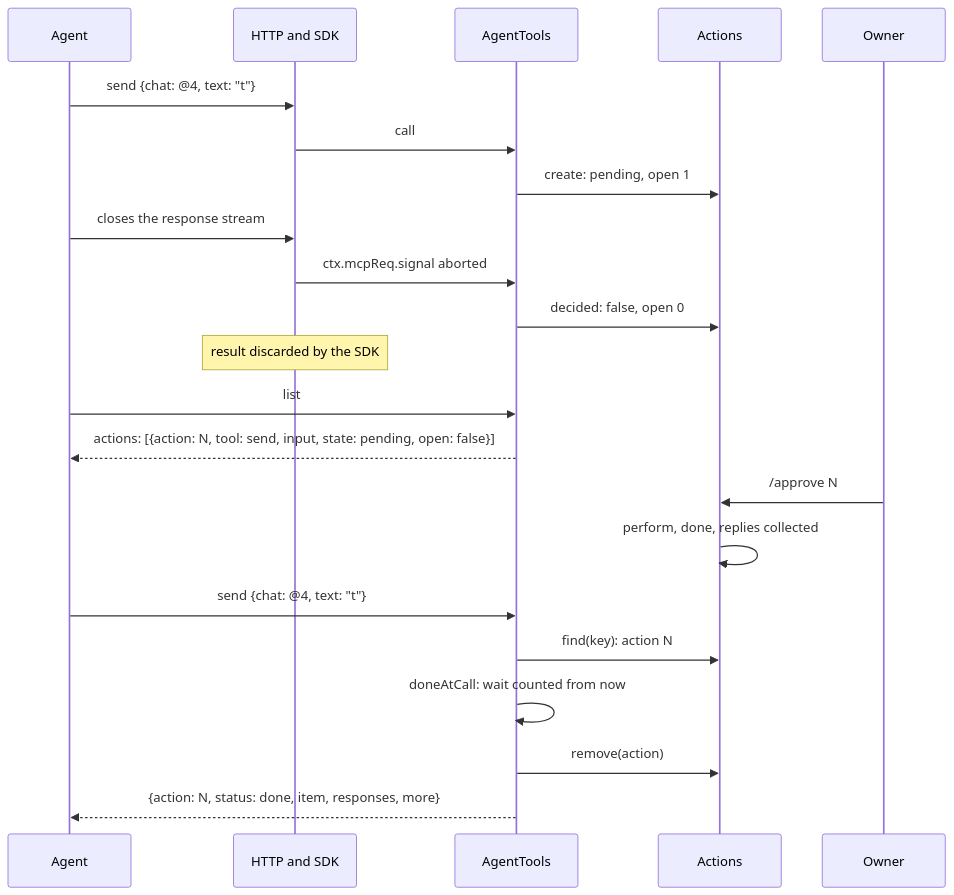
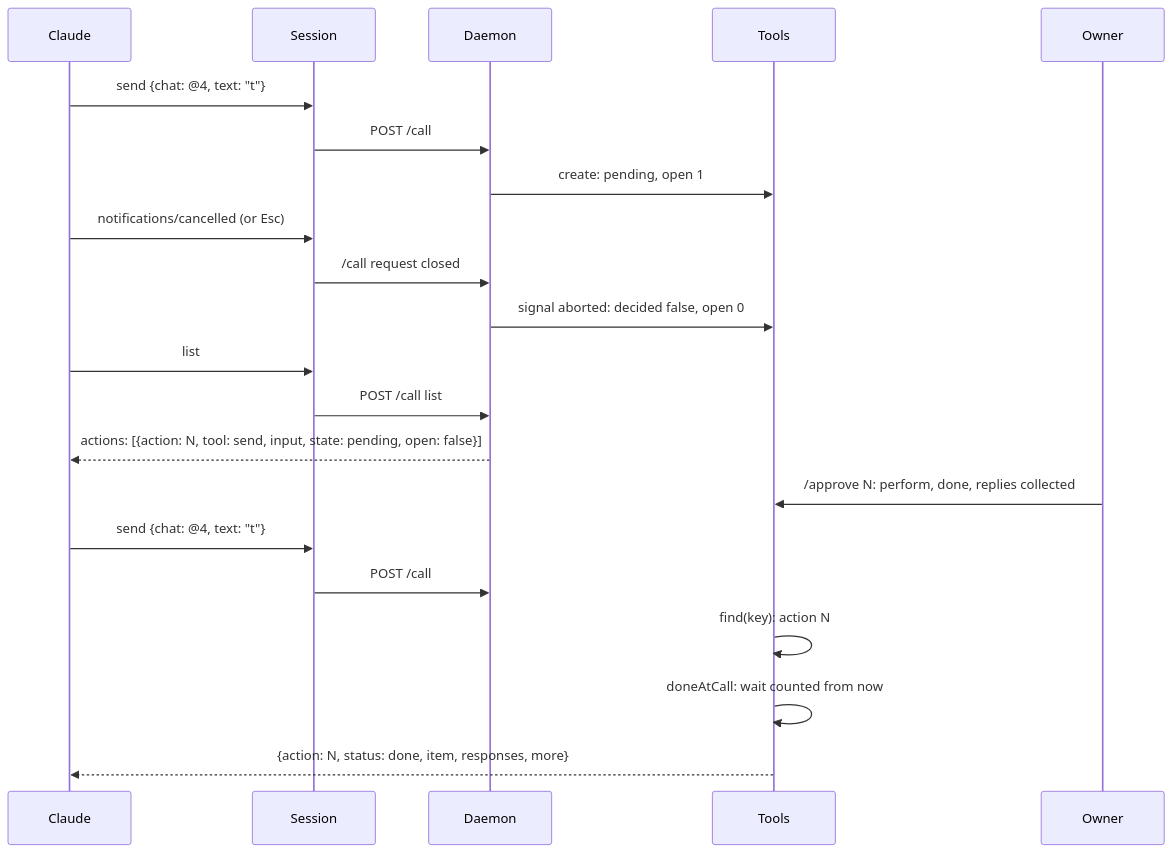
Before and after one commit to simplex-chat/simplex-chat: the tenth of 15 diagrams in packages/simplex-chat-mcp/spec/flows.md, drawn with Mermaid. The commit also changed other lines of this file and 7 other files, not shown here.

Commit message:
mcp: document the plugin and the daemon

````diff
--- a/packages/simplex-chat-mcp/spec/flows.md
+++ b/packages/simplex-chat-mcp/spec/flows.md
@@ -427,24 +395,23 @@
 ```mermaid
 sequenceDiagram
-  participant A as Agent
-  participant H as HTTP and SDK
-  participant T as AgentTools
-  participant X as Actions
+  participant C as Claude
+  participant S as Session
+  participant D as Daemon
+  participant T as Tools
   participant O as Owner
-  A->>H: send {chat: @4, text: "t"}
-  H->>T: call
-  T->>X: create: pending, open 1
-  A->>H: closes the response stream
-  H->>T: ctx.mcpReq.signal aborted
-  T->>X: decided: false, open 0
-  Note over H: result discarded by the SDK
-  A->>T: list
-  T-->>A: actions: [{action: N, tool: send, input, state: pending, open: false}]
-  O->>X: /approve N
-  X->>X: perform, done, replies collected
-  A->>T: send {chat: @4, text: "t"}
-  T->>X: find(key): action N
+  C->>S: send {chat: @4, text: "t"}
+  S->>D: POST /call
+  D->>T: create: pending, open 1
+  C->>S: notifications/cancelled (or Esc)
+  S->>D: /call request closed
+  D->>T: signal aborted: decided false, open 0
+  C->>S: list
+  S->>D: POST /call list
+  D-->>C: actions: [{action: N, tool: send, input, state: pending, open: false}]
+  O->>T: /approve N: perform, done, replies collected
+  C->>S: send {chat: @4, text: "t"}
+  S->>D: POST /call
+  T->>T: find(key): action N
   T->>T: doneAtCall: wait counted from now
-  T->>X: remove(action)
-  T-->>A: {action: N, status: done, item, responses, more}
+  T-->>C: {action: N, status: done, item, responses, more}
 ```
````
